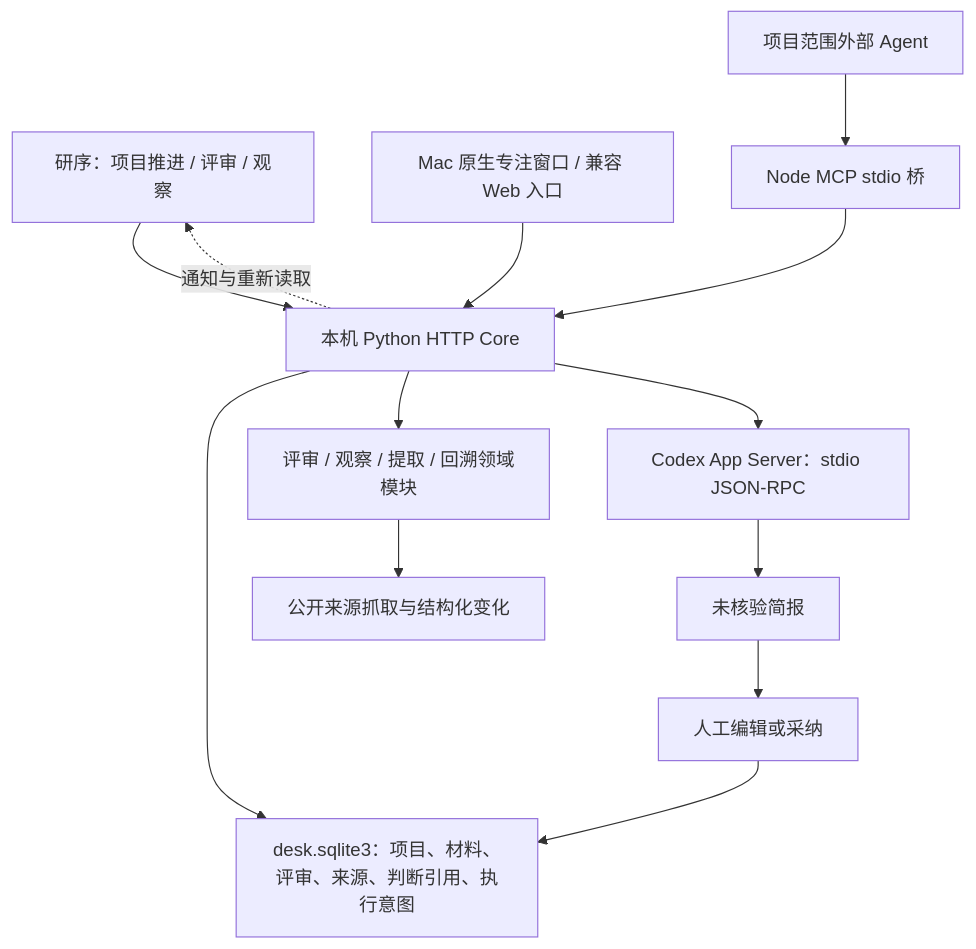
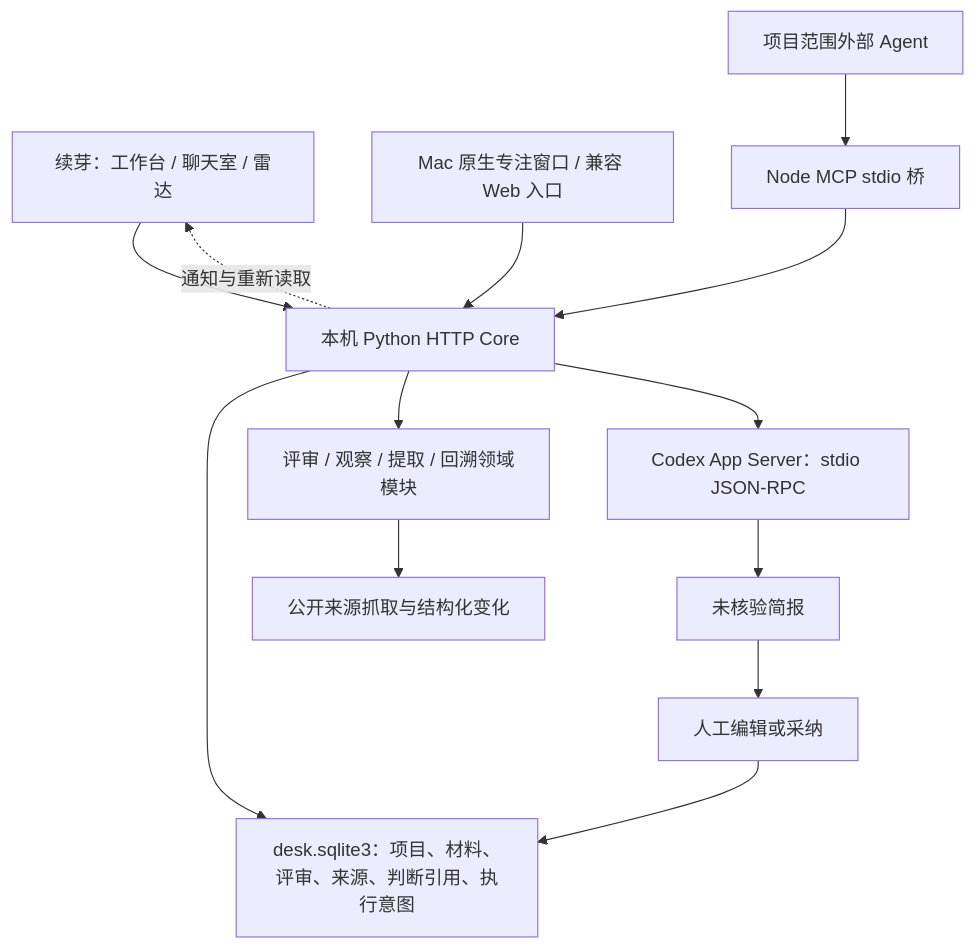
The diagram in docs/ecosystem/ARCHITECTURE-V2.md (lingyi-liusd/yanxu), drawn with Mermaid before and after one commit. The commit also changed other lines of this file and 25 other files, not shown here.

Commit message:
Polish Xuya peer apps and verify radar discussion adoption flow

````diff
--- a/docs/ecosystem/ARCHITECTURE-V2.md
+++ b/docs/ecosystem/ARCHITECTURE-V2.md
@@ -5,15 +5,15 @@
 ```mermaid
 flowchart TB
-  U[研序：项目推进 / 评审 / 观察] --> H[本机 Python HTTP Core]
+  U[续芽：工作台 / 聊天室 / 雷达] --> H[本机 Python HTTP Core]
   F[Mac 原生专注窗口 / 兼容 Web 入口] --> H
   H --> D[desk.sqlite3：项目、材料、评审、来源、判断引用、执行意图]
   H --> R[评审 / 观察 / 提取 / 回溯领域模块]
   H --> C[Codex App Server：stdio JSON-RPC]
   X[项目范围外部 Agent] --> M[Node MCP stdio 桥]
   M --> H
   R --> S[公开来源抓取与结构化变化]
   H -.通知与重新读取.-> U
   C --> A[未核验简报]
   A --> Y[人工编辑或采纳]
   Y --> D
 ```
````
